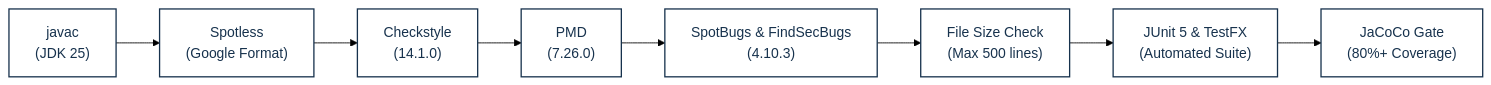
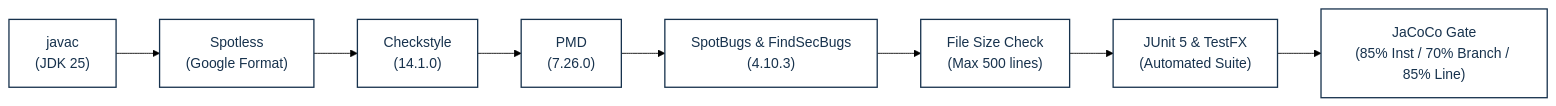
Before and after one commit to CS3227-2610-MP2-NUSynapxe/CS3227-2610-MP2: the second of 2 diagrams in docs/TestingStrategy.md, drawn with Mermaid (forest theme). The commit also changed other lines of this file and 4 other files, not shown here.

````diff
--- a/docs/TestingStrategy.md
+++ b/docs/TestingStrategy.md
@@ -71,14 +71,14 @@
 ```mermaid
 flowchart LR
     Compile["javac<br/>(JDK 25)"] --> Spotless["Spotless<br/>(Google Format)"]
     Spotless --> Checkstyle["Checkstyle<br/>(14.1.0)"]
     Checkstyle --> PMD["PMD<br/>(7.26.0)"]
     PMD --> SpotBugs["SpotBugs & FindSecBugs<br/>(4.10.3)"]
     SpotBugs --> FileSize["File Size Check<br/>(Max 500 lines)"]
     FileSize --> Tests["JUnit 5 & TestFX<br/>(Automated Suite)"]
-    Tests --> JaCoCo["JaCoCo Gate<br/>(80%+ Coverage)"]
+    Tests --> JaCoCo["JaCoCo Gate<br/>(85% Inst / 70% Branch / 85% Line)"]
 
     classDef default fill:#ffffff,stroke:#17324d,stroke-width:1.5px,color:#17324d;
     classDef pass fill:#e8f5e9,stroke:#388e3c,stroke-width:1.5px,color:#1b5e20;
     class Pass pass;
 ```
````
